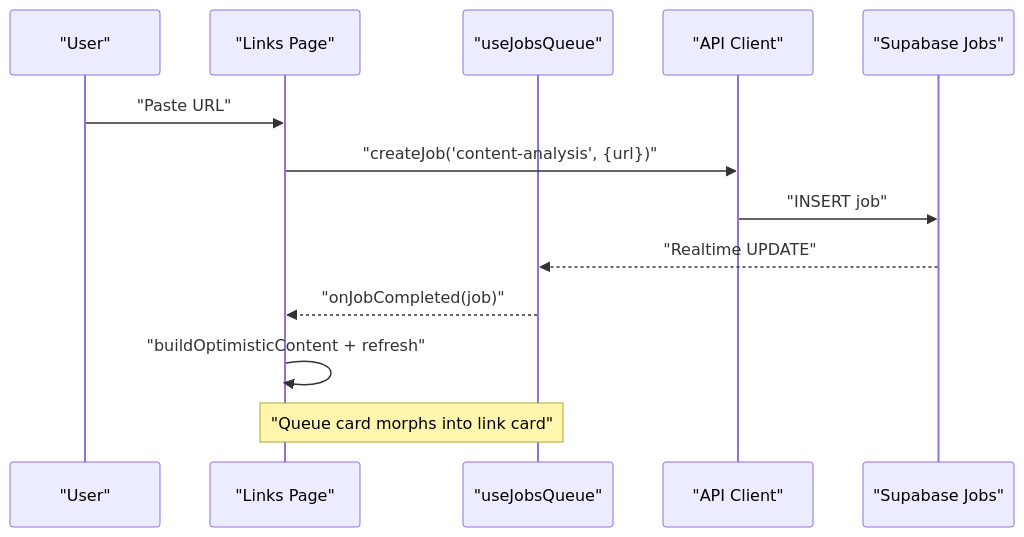
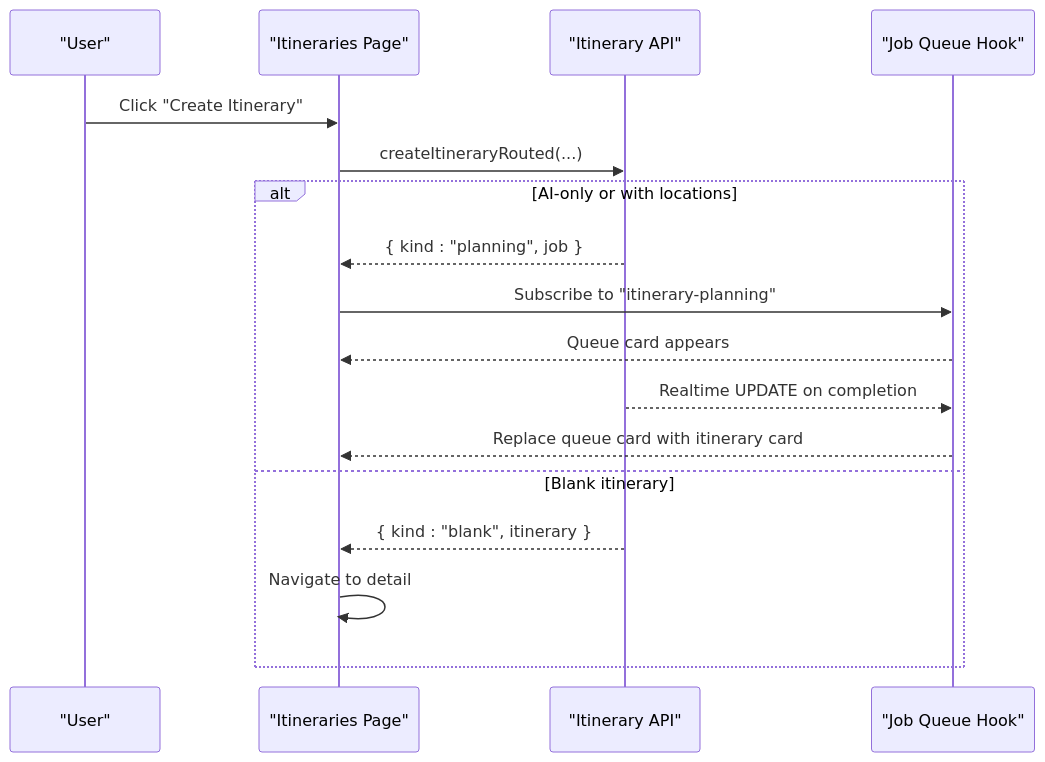
Before and after one commit to Meaetin/alibaba-hackathon: the fourth of 10 diagrams in .qoder/repowiki/en/content/Core Features/Core Features.md, drawn with Mermaid. The commit also changed other lines of this file and 241 other files, not shown here.

````diff
--- a/.qoder/repowiki/en/content/Core Features/Core Features.md
+++ b/.qoder/repowiki/en/content/Core Features/Core Features.md
@@ -183,15 +153,19 @@
 ```mermaid
 sequenceDiagram
 participant U as "User"
-participant L as "Links Page"
-participant Q as "useJobsQueue"
-participant C as "API Client"
-participant S as "Supabase Jobs"
-U->>L : "Paste URL"
-L->>C : "createJob('content-analysis', {url})"
-C->>S : "INSERT job"
-S-->>Q : "Realtime UPDATE"
-Q-->>L : "onJobCompleted(job)"
-L->>L : "buildOptimisticContent + refresh"
-Note over L,Q : "Queue card morphs into link card"
+participant I as "Itineraries Page"
+participant API as "Itinerary API"
+participant Q as "Job Queue Hook"
+U->>I : Click "Create Itinerary"
+I->>API : createItineraryRouted(...)
+alt AI-only or with locations
+API-->>I : { kind : "planning", job }
+I->>Q : Subscribe to "itinerary-planning"
+Q-->>I : Queue card appears
+API-->>Q : Realtime UPDATE on completion
+Q-->>I : Replace queue card with itinerary card
+else Blank itinerary
+API-->>I : { kind : "blank", itinerary }
+I->>I : Navigate to detail
+end
 ```
````
